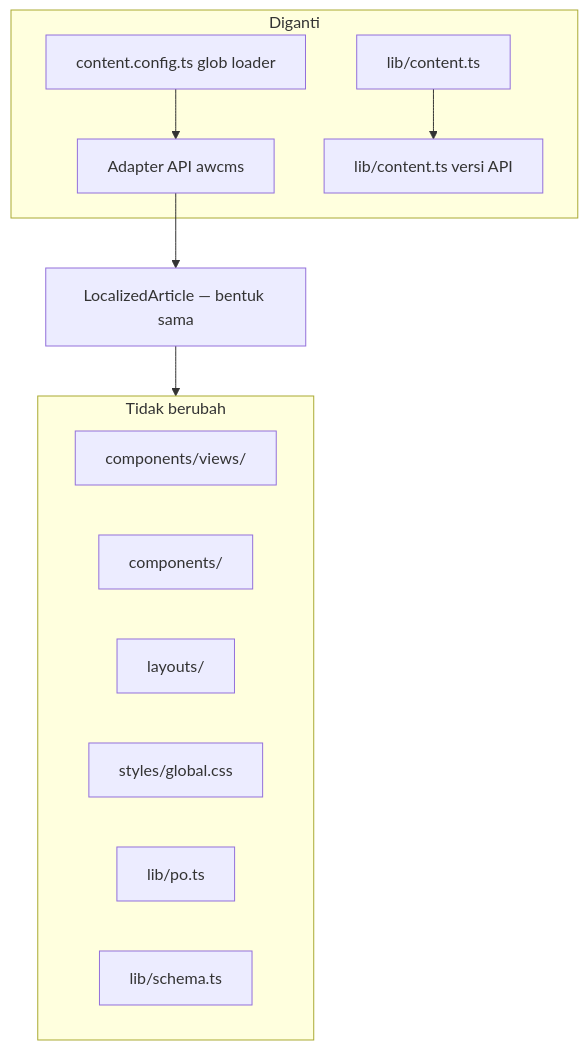
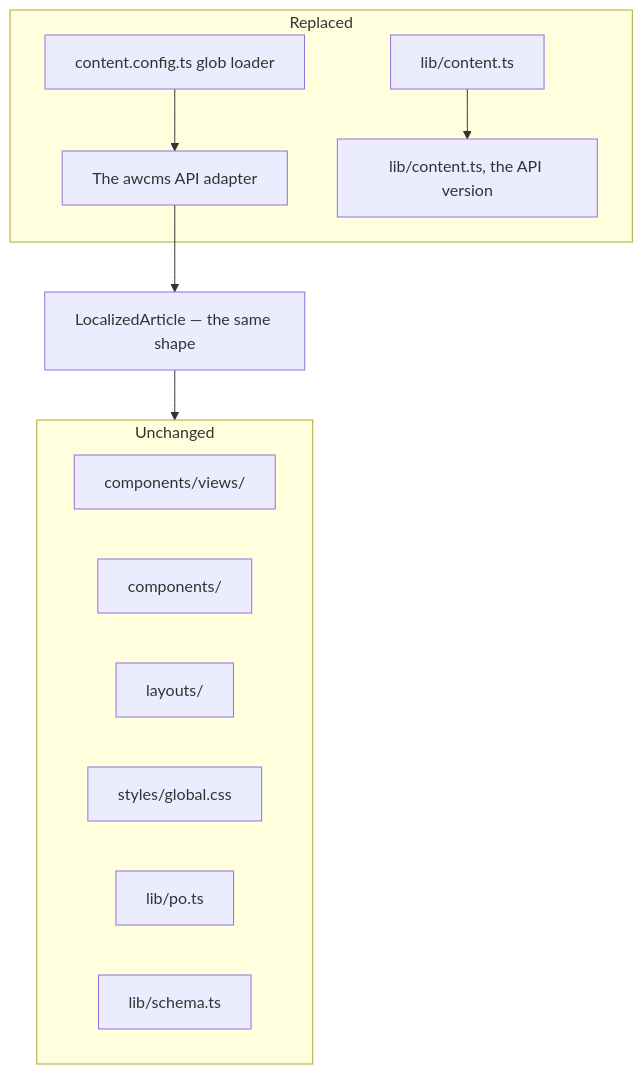
The first of 2 diagrams in docs/awcms-astro/integrasi-awcms.md (ahliweb/awcms-astro), drawn with Mermaid before and after one commit. The commit also changed other lines of this file and 26 other files, not shown here.

````diff
--- a/docs/awcms-astro/integrasi-awcms.md
+++ b/docs/awcms-astro/integrasi-awcms.md
@@ -22,17 +24,17 @@
 ```mermaid
 flowchart TB
-  subgraph Tetap["Tidak berubah"]
+  subgraph Tetap["Unchanged"]
     Views["components/views/"]
     Comp["components/"]
     Layout["layouts/"]
     Css["styles/global.css"]
     Po["lib/po.ts"]
     Schema["lib/schema.ts"]
   end
-  subgraph Ganti["Diganti"]
-    Loader["content.config.ts glob loader"] --> Api["Adapter API awcms"]
-    ContentTs["lib/content.ts"] --> AdapterTs["lib/content.ts versi API"]
+  subgraph Ganti["Replaced"]
+    Loader["content.config.ts glob loader"] --> Api["The awcms API adapter"]
+    ContentTs["lib/content.ts"] --> AdapterTs["lib/content.ts, the API version"]
   end
-  Api --> Kontrak["LocalizedArticle — bentuk sama"]
+  Api --> Kontrak["LocalizedArticle — the same shape"]
   Kontrak --> Tetap
 ```
````
